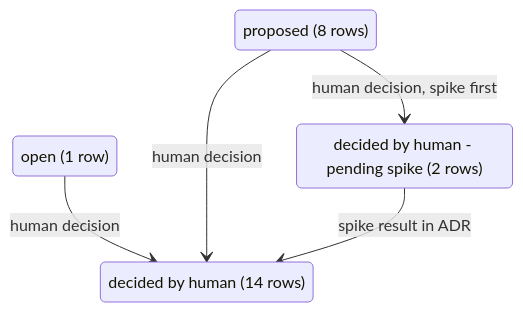
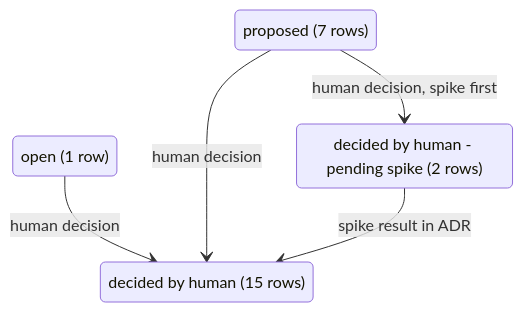
The third of 5 diagrams in docs/roadmap/PROPOSAL.md (virgenherrera/lan-solution-template), drawn with Mermaid before and after one commit. The commit also changed other lines of this file and 5 other files, not shown here.

````diff
--- a/docs/roadmap/PROPOSAL.md
+++ b/docs/roadmap/PROPOSAL.md
@@ -96,11 +96,11 @@
 ```mermaid
 stateDiagram-v2
-    state "proposed (8 rows)" as proposed
-    state "decided by human (14 rows)" as human_decision
+    state "proposed (7 rows)" as proposed
+    state "decided by human (15 rows)" as human_decision
     state "decided by human - pending spike (2 rows)" as pending_spike
     state "open (1 row)" as open_q
     open_q --> human_decision : human decision
     proposed --> human_decision : human decision
     proposed --> pending_spike : human decision, spike first
     pending_spike --> human_decision : spike result in ADR
 ```
````
